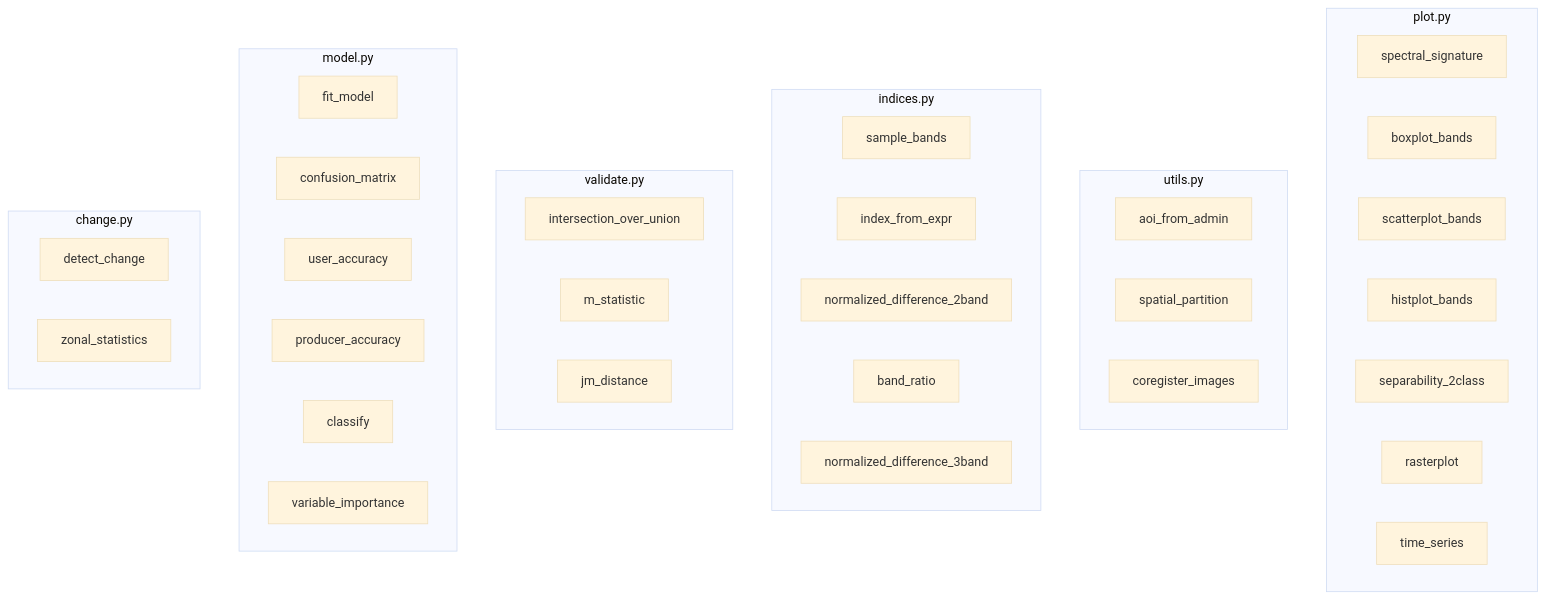
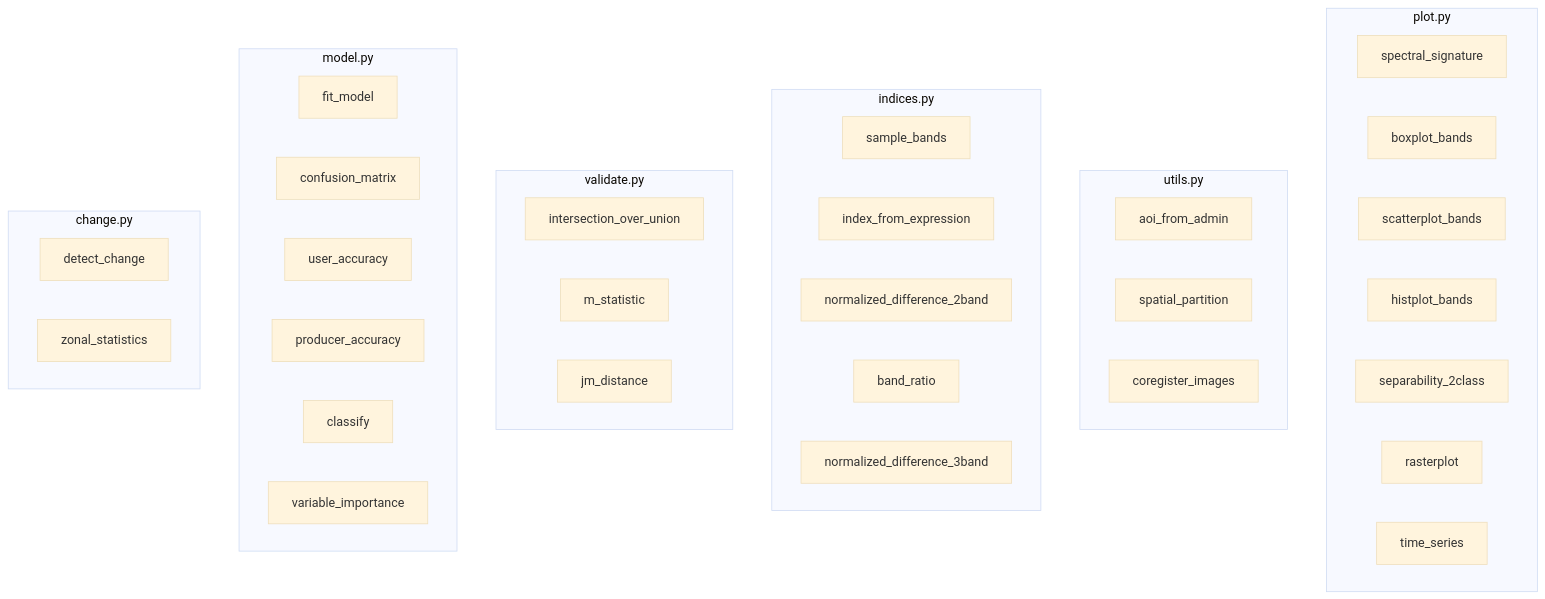
Before and after one commit to jeromemaiquez/gms-ir-mangrove-seagrass-surigao: the diagram in implementation.md, drawn with Mermaid (base theme). The commit also changed 1 other file, not shown here.

Commit message:
Aborted attempt to add an index_from_expression() function

````diff
--- a/implementation.md
+++ b/implementation.md
@@ -1,41 +1,41 @@
 ```mermaid
 graph TD;
     subgraph plot.py
         P1[spectral_signature];
         P2[boxplot_bands];
         P3[scatterplot_bands];
         P4[histplot_bands];
         P5[separability_2class];
         P6[rasterplot];
         P7[time_series];
     end
     subgraph utils.py
         U1[aoi_from_admin];
         U2[spatial_partition];
         U3[coregister_images];
     end
     subgraph indices.py
         I1[sample_bands];
-        I2[index_from_expr];
+        I2[index_from_expression];
         I3[normalized_difference_2band];
         I4[band_ratio];
         I5[normalized_difference_3band];
     end
     subgraph validate.py
         V1[intersection_over_union];
         V2[m_statistic];
         V3[jm_distance];
     end
     subgraph model.py
         M1[fit_model];
         M2[confusion_matrix];
         M3[user_accuracy];
         M4[producer_accuracy];
         M5[classify];
         M6[variable_importance];
     end
     subgraph change.py
         C1[detect_change];
         C2[zonal_statistics];
     end
 ```
````
